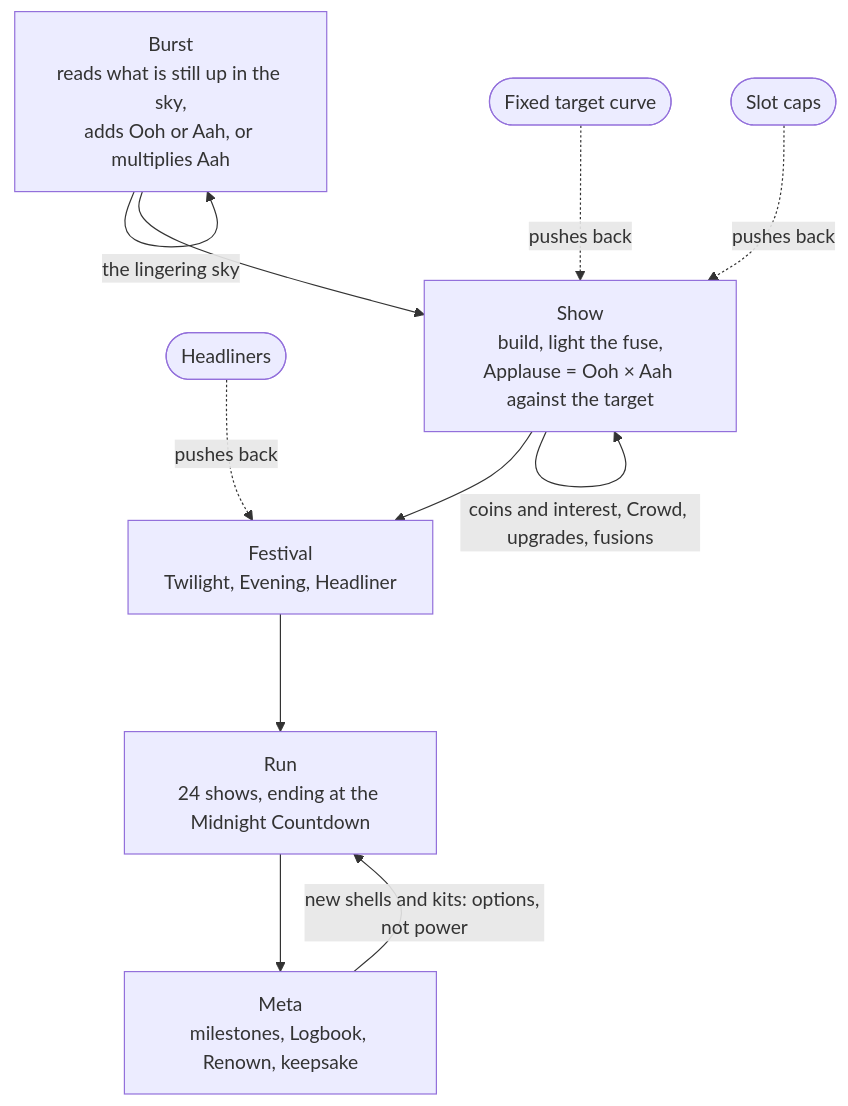
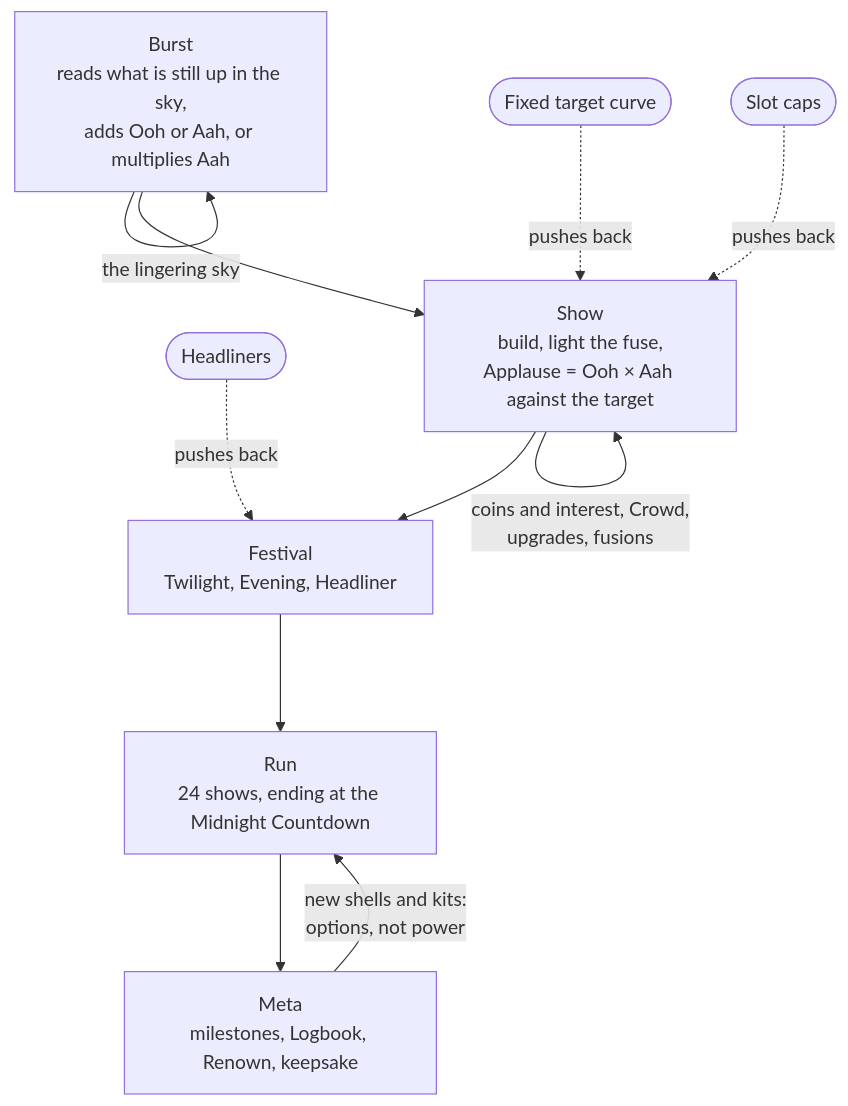
The diagram in games/ooh-and-aah/README.md (harlissfortin/Portfolio), drawn with Mermaid before and after one commit. The commit also changed other lines of this file and 8 other files, not shown here.

````diff
--- a/games/ooh-and-aah/README.md
+++ b/games/ooh-and-aah/README.md
@@ -59,18 +59,23 @@
 ```mermaid
 flowchart TB
+    CURVE(["Fixed target curve"])
+    CAPS(["Slot caps"])
     BURST["Burst<br/>reads what is still up in the sky,<br/>adds Ooh or Aah, or multiplies Aah"]
     SHOW["Show<br/>build, light the fuse,<br/>Applause = Ooh × Aah against the target"]
+    HEAD(["Headliners"])
     FEST["Festival<br/>Twilight, Evening, Headliner"]
     RUN["Run<br/>24 shows, ending at the Midnight Countdown"]
     META["Meta<br/>milestones, Logbook, Renown, keepsake"]
 
     BURST -->|"the lingering sky"| BURST
     BURST --> SHOW
-    SHOW -->|"coins and interest, Crowd, upgrades, fusions"| SHOW
-    SHOW --> FEST --> RUN --> META
-    META -->|"new shells and kits: options, not power"| RUN
+    SHOW -->|"coins and interest, Crowd,<br/>upgrades, fusions"| SHOW
+    SHOW --> FEST
+    FEST --> RUN
+    RUN --> META
+    META -->|"new shells and kits:<br/>options, not power"| RUN
 
-    CURVE(["Fixed target curve"]) -. "pushes back" .-> SHOW
-    HEAD(["Headliners"]) -. "pushes back" .-> FEST
-    CAPS(["Slot caps"]) -. "pushes back" .-> SHOW
+    CURVE -. "pushes back" .-> SHOW
+    CAPS -. "pushes back" .-> SHOW
+    HEAD -. "pushes back" .-> FEST
 ```
````
